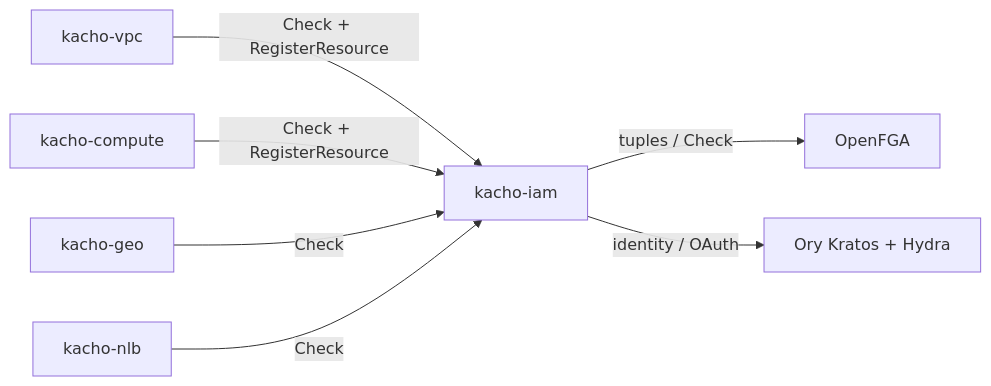
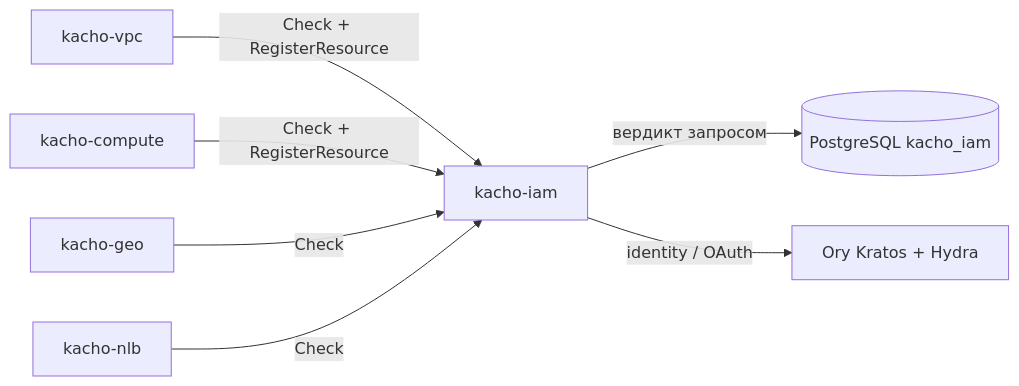
Before and after one commit to PRO-Robotech/kacho: the second of 2 diagrams in services/iam/docs/content/architecture/overview.mdx, drawn with Mermaid. The commit also changed other lines of this file and 589 other files, not shown here.

First line of the commit message:
feat(iam)!: вердикт о доступе вычисляет только своя база

````diff
--- a/services/iam/docs/content/architecture/overview.mdx
+++ b/services/iam/docs/content/architecture/overview.mdx
@@ -104,9 +109,9 @@
 ```mermaid
 flowchart LR
   vpc["kacho-vpc"] -->|"Check + RegisterResource"| iam["kacho-iam"]
   cmp["kacho-compute"] -->|"Check + RegisterResource"| iam
   geo["kacho-geo"] -->|"Check"| iam
   nlb["kacho-nlb"] -->|"Check"| iam
-  iam -->|"tuples / Check"| fga["OpenFGA"]
+  iam -->|"вердикт запросом"| pg[("PostgreSQL kacho_iam")]
   iam -->|"identity / OAuth"| ory["Ory Kratos + Hydra"]
 ```
````
